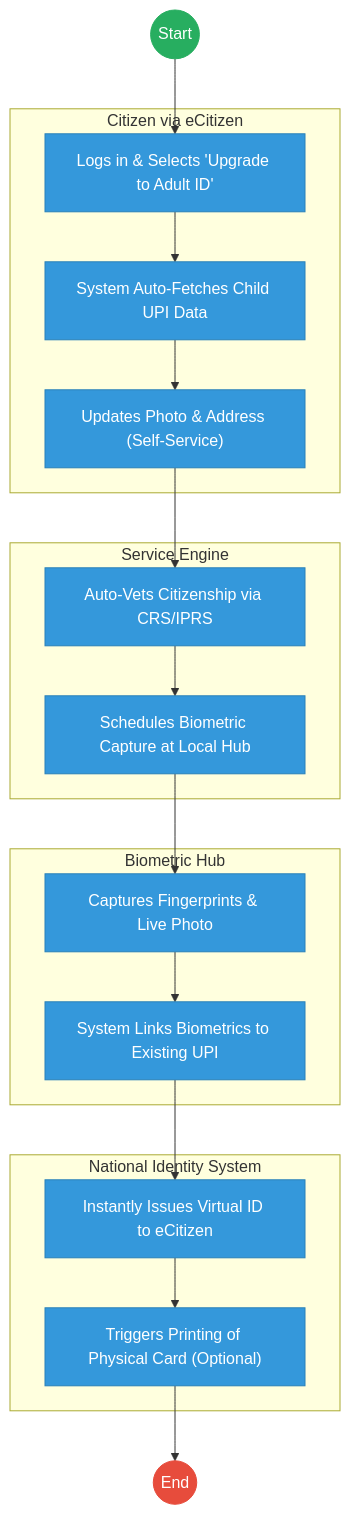
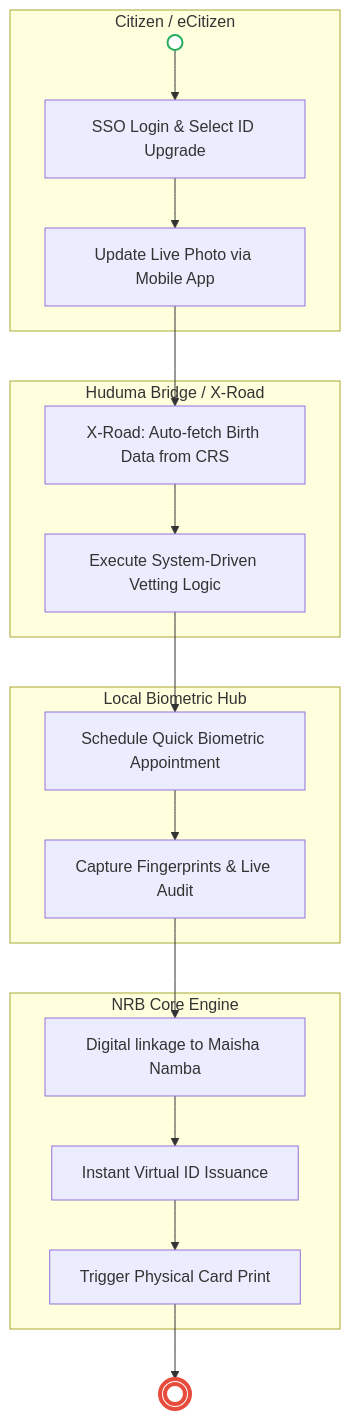
Before and after one commit to BITZ-IT-Consulting-LTD/ictapoc: the second of 2 diagrams in mdas/docs_final/_NATIONAL_REGISTRATION_BUREAU_NRB____Service_Delivery.md, drawn with Mermaid. The commit also changed other lines of this file and 13 other files, not shown here.

````diff
--- a/mdas/docs_final/_NATIONAL_REGISTRATION_BUREAU_NRB____Service_Delivery.md
+++ b/mdas/docs_final/_NATIONAL_REGISTRATION_BUREAU_NRB____Service_Delivery.md
@@ -137,44 +120,28 @@
 ```mermaid
-graph TD
-    Start((Start)) --> S1
-
-    subgraph Citizen [Citizen via eCitizen]
-        S1["Logs in & Selects 'Upgrade to Adult ID'"]
-        S2["System Auto-Fetches Child UPI Data"]
-        S3["Updates Photo & Address (Self-Service)"]
+flowchart TD
+    subgraph Citizen["Citizen / eCitizen"]
+        Start(( )) --> T1[SSO Login & Select ID Upgrade]
+        T1 --> T2[Update Live Photo via Mobile App]
     end
 
-    subgraph WoG_Platform [Service Engine]
-        S4["Auto-Vets Citizenship via CRS/IPRS"]
-        S5["Schedules Biometric Capture at Local Hub"]
+    subgraph Hub["Huduma Bridge / X-Road"]
+        T2 --> T3[X-Road: Auto-fetch Birth Data from CRS]
+        T3 --> T4[Execute System-Driven Vetting Logic]
     end
 
-    subgraph Registration_Officer [Biometric Hub]
-        S6["Captures Fingerprints & Live Photo"]
-        S7["System Links Biometrics to Existing UPI"]
+    subgraph Biometrics["Local Biometric Hub"]
+        T4 --> B1[Schedule Quick Biometric Appointment]
+        B1 --> B2[Capture Fingerprints & Live Audit]
     end
 
-    subgraph NRB_Core [National Identity System]
-        S8["Instantly Issues Virtual ID to eCitizen"]
-        S9["Triggers Printing of Physical Card (Optional)"]
+    subgraph NRB["NRB Core Engine"]
+        B2 --> I1[Digital linkage to Maisha Namba]
+        I1 --> I2[Instant Virtual ID Issuance]
+        I2 --> I3[Trigger Physical Card Print]
     end
-    
-    S1 --> S2
-    S2 --> S3
-    S3 --> S4
-    S4 --> S5
-    S5 --> S6
-    S6 --> S7
-    S7 --> S8
-    S8 --> S9
-    S9 --> End((End))
 
-    classDef start fill:#27ae60,stroke:#27ae60,color:#fff;
-    classDef endNode fill:#e74c3c,stroke:#e74c3c,color:#fff;
-    classDef userTask fill:#3498db,stroke:#2980b9,color:#fff;
-    classDef serviceTask fill:#9b59b6,stroke:#8e44ad,color:#fff;
+    I3 --> End((( )))
 
-    class Start start;
-    class End endNode;
-    class S1,S2,S3,S4,S5,S6,S7,S8,S9 userTask;
+    style Start fill:#fff,stroke:#27ae60,stroke-width:2px
+    style End fill:#fff,stroke:#e74c3c,stroke-width:4px
 ```
````
